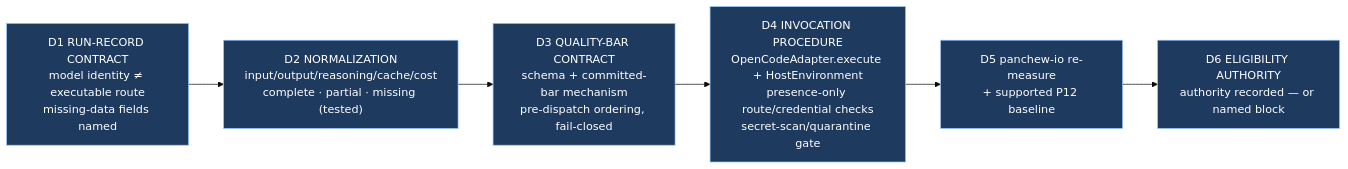
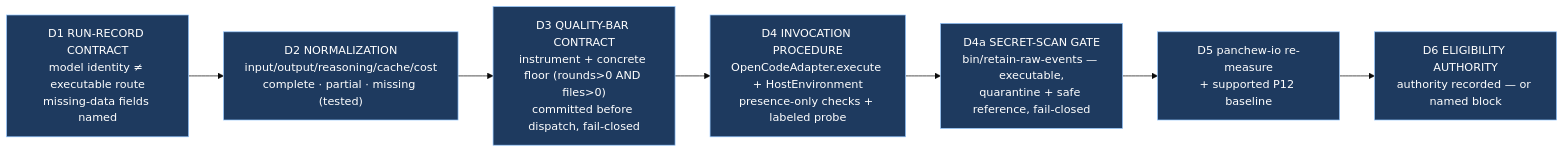
One commit to panchew/ai-project-system changed the diagram in docs/phases/P13__Daily_Fleet_Operation_in_Drivr/P13-M48-E48.1__spec__operational-evidence-and-run-gate.md. Above: the diagram before and after it, drawn with Mermaid (base theme). The commit also changed other lines of this file, not shown here.

Commit message:
governance(P13-M48): E48.1 visual binding — proposed-only, deferred hosted Link (finding 5)

````diff
--- a/docs/phases/P13__Daily_Fleet_Operation_in_Drivr/P13-M48-E48.1__spec__operational-evidence-and-run-gate.md
+++ b/docs/phases/P13__Daily_Fleet_Operation_in_Drivr/P13-M48-E48.1__spec__operational-evidence-and-run-gate.md
@@ -377,14 +381,15 @@
 ```mermaid
 flowchart LR
   CONTRACT["D1 RUN-RECORD CONTRACT<br/>model identity ≠ executable route<br/>missing-data fields named"]
   NORM["D2 NORMALIZATION<br/>input/output/reasoning/cache/cost<br/>complete · partial · missing (tested)"]
-  BAR["D3 QUALITY-BAR CONTRACT<br/>schema + committed-bar mechanism<br/>pre-dispatch ordering, fail-closed"]
-  INVOKE["D4 INVOCATION PROCEDURE<br/>OpenCodeAdapter.execute + HostEnvironment<br/>presence-only route/credential checks<br/>secret-scan/quarantine gate"]
+  BAR["D3 QUALITY-BAR CONTRACT<br/>instrument + concrete floor (rounds&gt;0 AND files&gt;0)<br/>committed before dispatch, fail-closed"]
+  INVOKE["D4 INVOCATION PROCEDURE<br/>OpenCodeAdapter.execute + HostEnvironment<br/>presence-only checks + labeled probe"]
+  SCAN["D4a SECRET-SCAN GATE<br/>bin/retain-raw-events — executable,<br/>quarantine + safe reference, fail-closed"]
   BASELINE["D5 panchew-io re-measure<br/>+ supported P12 baseline"]
   ELIG["D6 ELIGIBILITY AUTHORITY<br/>authority recorded — or named block"]
 
-  CONTRACT --> NORM --> BAR --> INVOKE --> BASELINE --> ELIG
+  CONTRACT --> NORM --> BAR --> INVOKE --> SCAN --> BASELINE --> ELIG
 
   classDef a fill:#1e3a5f,stroke:#93c5fd,color:#fff
-  class CONTRACT,NORM,BAR,INVOKE,BASELINE,ELIG a
+  class CONTRACT,NORM,BAR,INVOKE,SCAN,BASELINE,ELIG a
 ```
````
